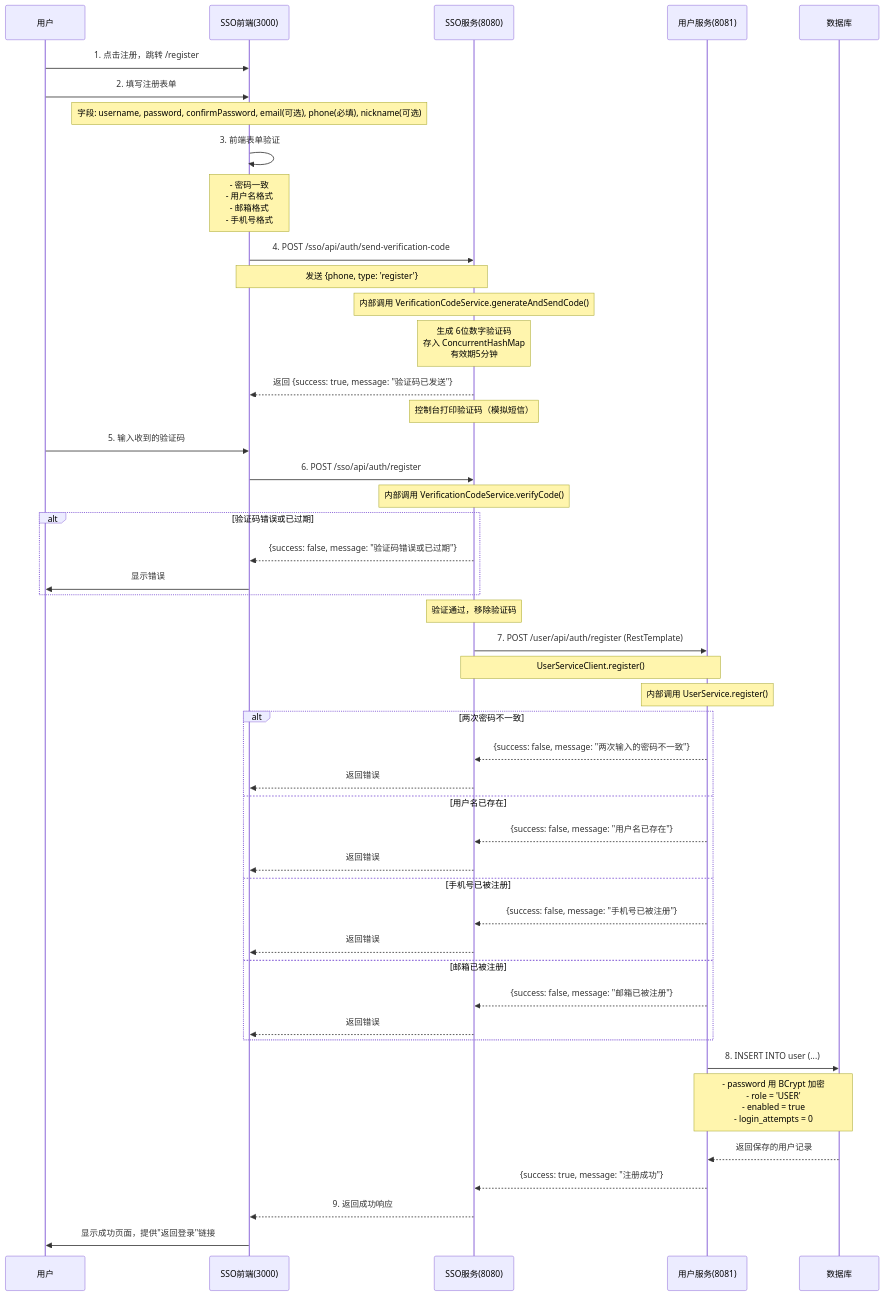
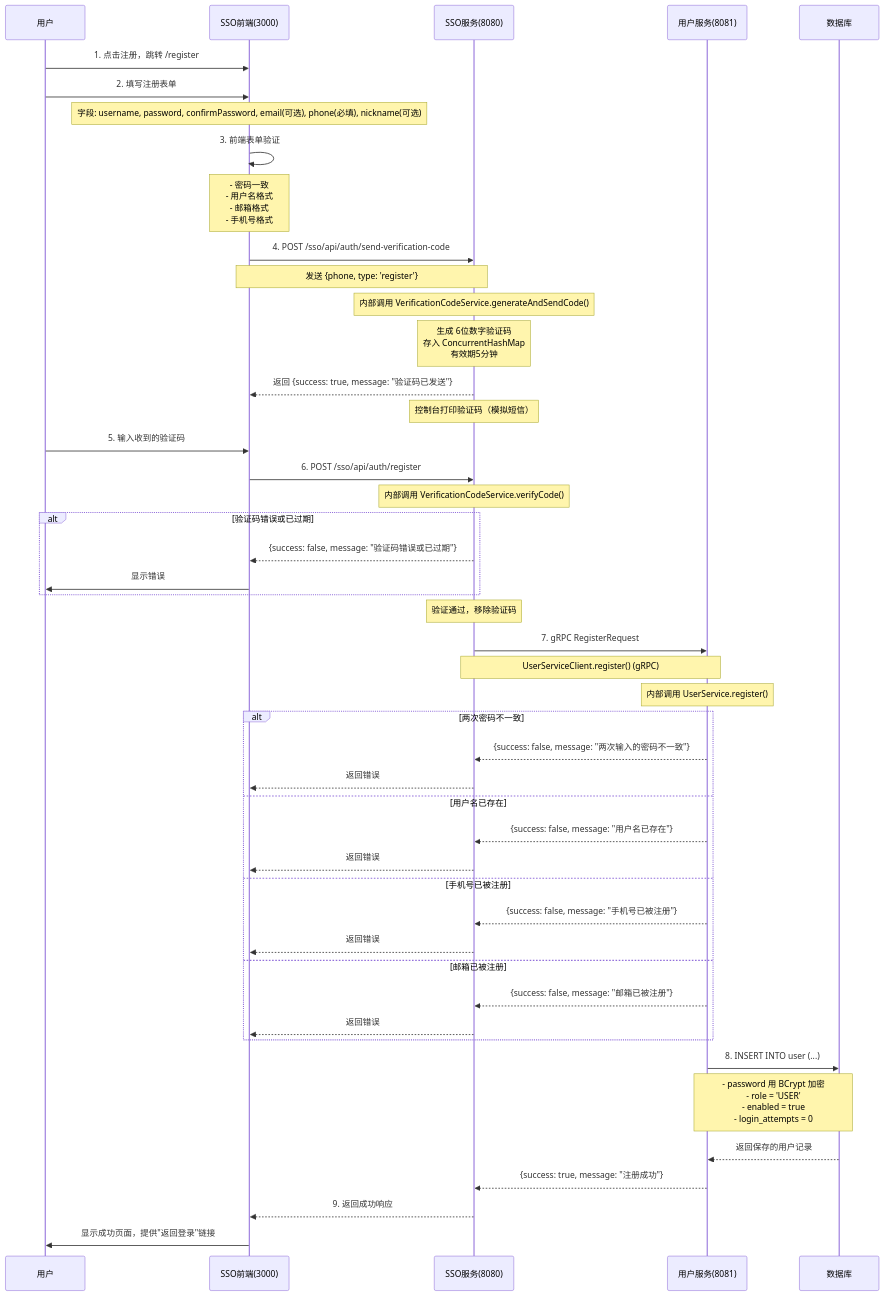
The second of 11 diagrams in BUSINESS_FLOW.md (wb31105/zqzl-traecn), drawn with Mermaid before and after one commit. The commit also changed other lines of this file and 93 other files, not shown here.

````diff
--- a/BUSINESS_FLOW.md
+++ b/BUSINESS_FLOW.md
@@ -142,63 +146,63 @@
 ```mermaid
 sequenceDiagram
     participant User as 用户
     participant SSO_Web as SSO前端(3000)
     participant SSO_Server as SSO服务(8080)
     participant User_Server as 用户服务(8081)
     participant DB as 数据库
 
     User->>SSO_Web: 1. 点击注册，跳转 /register
     
     User->>SSO_Web: 2. 填写注册表单
     Note over SSO_Web: 字段: username, password, confirmPassword, email(可选), phone(必填), nickname(可选)
     
     SSO_Web->>SSO_Web: 3. 前端表单验证
     Note over SSO_Web: - 密码一致<br>- 用户名格式<br>- 邮箱格式<br>- 手机号格式
     
     SSO_Web->>SSO_Server: 4. POST /sso/api/auth/send-verification-code
     Note over SSO_Web,SSO_Server: 发送 {phone, type: 'register'}
     
     Note over SSO_Server: 内部调用 VerificationCodeService.generateAndSendCode()
     Note over SSO_Server: 生成 6位数字验证码<br>存入 ConcurrentHashMap<br>有效期5分钟
     SSO_Server-->>SSO_Web: 返回 {success: true, message: "验证码已发送"}
     Note over SSO_Server: 控制台打印验证码（模拟短信）
     
     User->>SSO_Web: 5. 输入收到的验证码
     
     SSO_Web->>SSO_Server: 6. POST /sso/api/auth/register
     
     Note over SSO_Server: 内部调用 VerificationCodeService.verifyCode()
     alt 验证码错误或已过期
         SSO_Server-->>SSO_Web: {success: false, message: "验证码错误或已过期"}
         SSO_Web->>User: 显示错误
     end
     
     Note over SSO_Server: 验证通过，移除验证码
     
-    SSO_Server->>User_Server: 7. POST /user/api/auth/register (RestTemplate)
-    Note over SSO_Server,User_Server: UserServiceClient.register()
+    SSO_Server->>User_Server: 7. gRPC RegisterRequest
+    Note over SSO_Server,User_Server: UserServiceClient.register() (gRPC)
     
     Note over User_Server: 内部调用 UserService.register()
     
     alt 两次密码不一致
         User_Server-->>SSO_Server: {success: false, message: "两次输入的密码不一致"}
         SSO_Server-->>SSO_Web: 返回错误
     else 用户名已存在
         User_Server-->>SSO_Server: {success: false, message: "用户名已存在"}
         SSO_Server-->>SSO_Web: 返回错误
     else 手机号已被注册
         User_Server-->>SSO_Server: {success: false, message: "手机号已被注册"}
         SSO_Server-->>SSO_Web: 返回错误
     else 邮箱已被注册
         User_Server-->>SSO_Server: {success: false, message: "邮箱已被注册"}
         SSO_Server-->>SSO_Web: 返回错误
     end
     
     User_Server->>DB: 8. INSERT INTO user (...)
     Note over User_Server,DB: - password 用 BCrypt 加密<br>- role = 'USER'<br>- enabled = true<br>- login_attempts = 0
     
     DB-->>User_Server: 返回保存的用户记录
     User_Server-->>SSO_Server: {success: true, message: "注册成功"}
     SSO_Server-->>SSO_Web: 9. 返回成功响应
     SSO_Web->>User: 显示成功页面，提供"返回登录"链接
 ```
````
